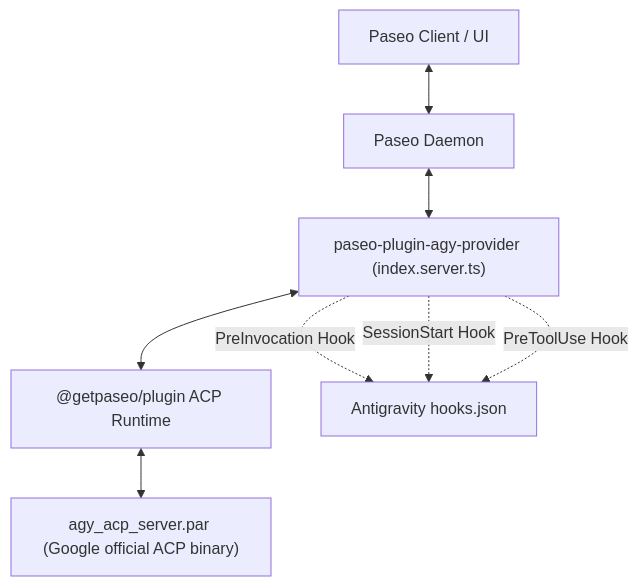
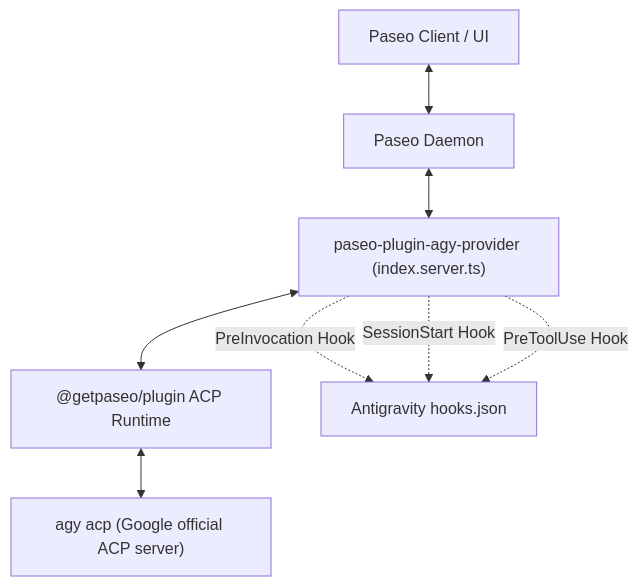
One commit to dszakallas/paseo-plugin-agy-provider changed the diagram in DESIGN.md. Above: the diagram before and after it, drawn with Mermaid. The commit also changed other lines of this file and 6 other files, not shown here.

Commit message:
Switch ACP command to agy acp

````diff
--- a/DESIGN.md
+++ b/DESIGN.md
@@ -9,10 +9,10 @@
 ```mermaid
 flowchart TD
     PaseoClient["Paseo Client / UI"] <--> PaseoDaemon["Paseo Daemon"]
     PaseoDaemon <--> Plugin["paseo-plugin-agy-provider (index.server.ts)"]
     Plugin <--> AcpRuntime["@getpaseo/plugin ACP Runtime"]
-    AcpRuntime <--> AgyAcpServer["agy_acp_server.par (Google official ACP binary)"]
+    AcpRuntime <--> AgyAcpServer["agy acp (Google official ACP server)"]
     Plugin -.->|PreInvocation Hook| AgyHooks["Antigravity hooks.json"]
     Plugin -.->|SessionStart Hook| AgyHooks
     Plugin -.->|PreToolUse Hook| AgyHooks
 ```
````
